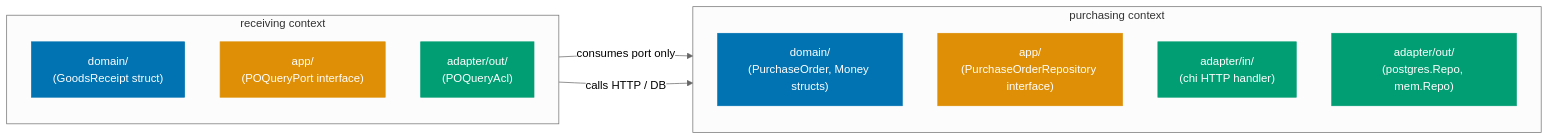
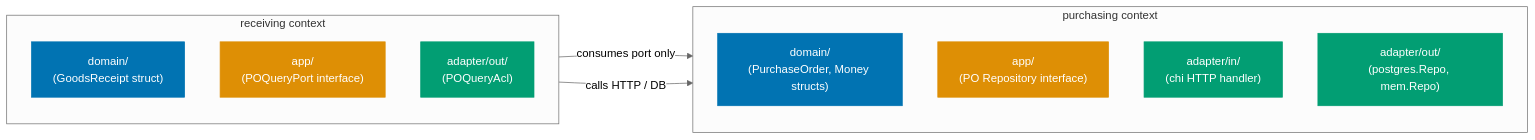
One commit to wahidyankf/baseerah changed the first of 2 diagrams in apps/ayokoding-www/content/en/learn/software-engineering/software-architecture/by-example/cases/in-procedural/beginner.md. Above: the diagram before and after it, drawn with Mermaid (neutral theme). The commit also changed 88 other files, not shown here.

First line of the commit message:
fix(ayokoding-www): resolve pre-existing Mermaid violations, exclude fixtures/plans-done

````diff
--- a/apps/ayokoding-www/content/en/learn/software-engineering/software-architecture/by-example/cases/in-procedural/beginner.md
+++ b/apps/ayokoding-www/content/en/learn/software-engineering/software-architecture/by-example/cases/in-procedural/beginner.md
@@ -89,22 +89,22 @@
 ```mermaid
 flowchart LR
     subgraph ctx["purchasing context"]
         direction TB
         dom["domain/\n(PurchaseOrder, Money structs)"]:::blue
-        app["app/\n(PurchaseOrderRepository interface)"]:::orange
+        app["app/\n(PO Repository interface)"]:::orange
         adpIn["adapter/in/\n(chi HTTP handler)"]:::teal
         adpOut["adapter/out/\n(postgres.Repo, mem.Repo)"]:::teal
     end
     subgraph recv["receiving context"]
         direction TB
         rdom["domain/\n(GoodsReceipt struct)"]:::blue
         rapp["app/\n(POQueryPort interface)"]:::orange
         rAdpOut["adapter/out/\n(POQueryAcl)"]:::teal
     end
     rapp -->|"consumes port only"| app
     rAdpOut -->|"calls HTTP / DB"| adpOut
 
     classDef blue fill:#0173B2,color:#fff,stroke:#0173B2
     classDef orange fill:#DE8F05,color:#fff,stroke:#DE8F05
     classDef teal fill:#029E73,color:#fff,stroke:#029E73
 ```
````
